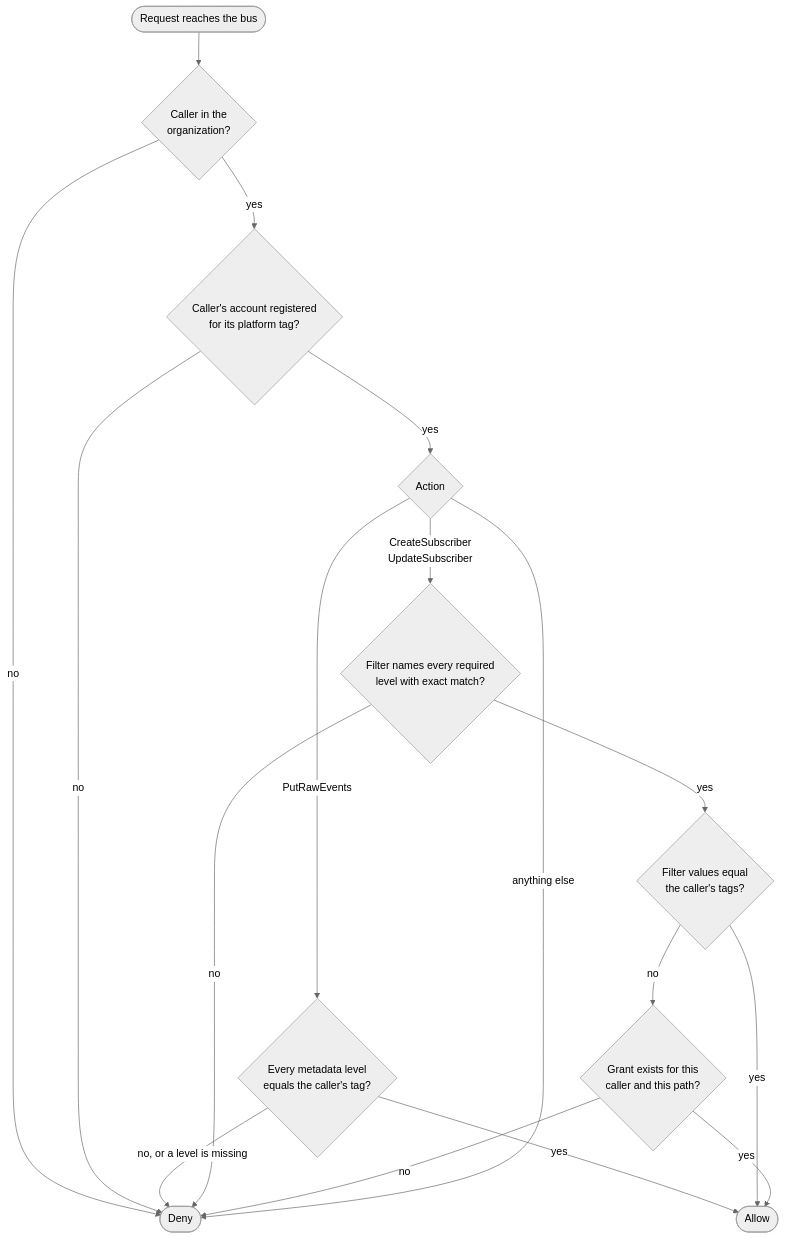
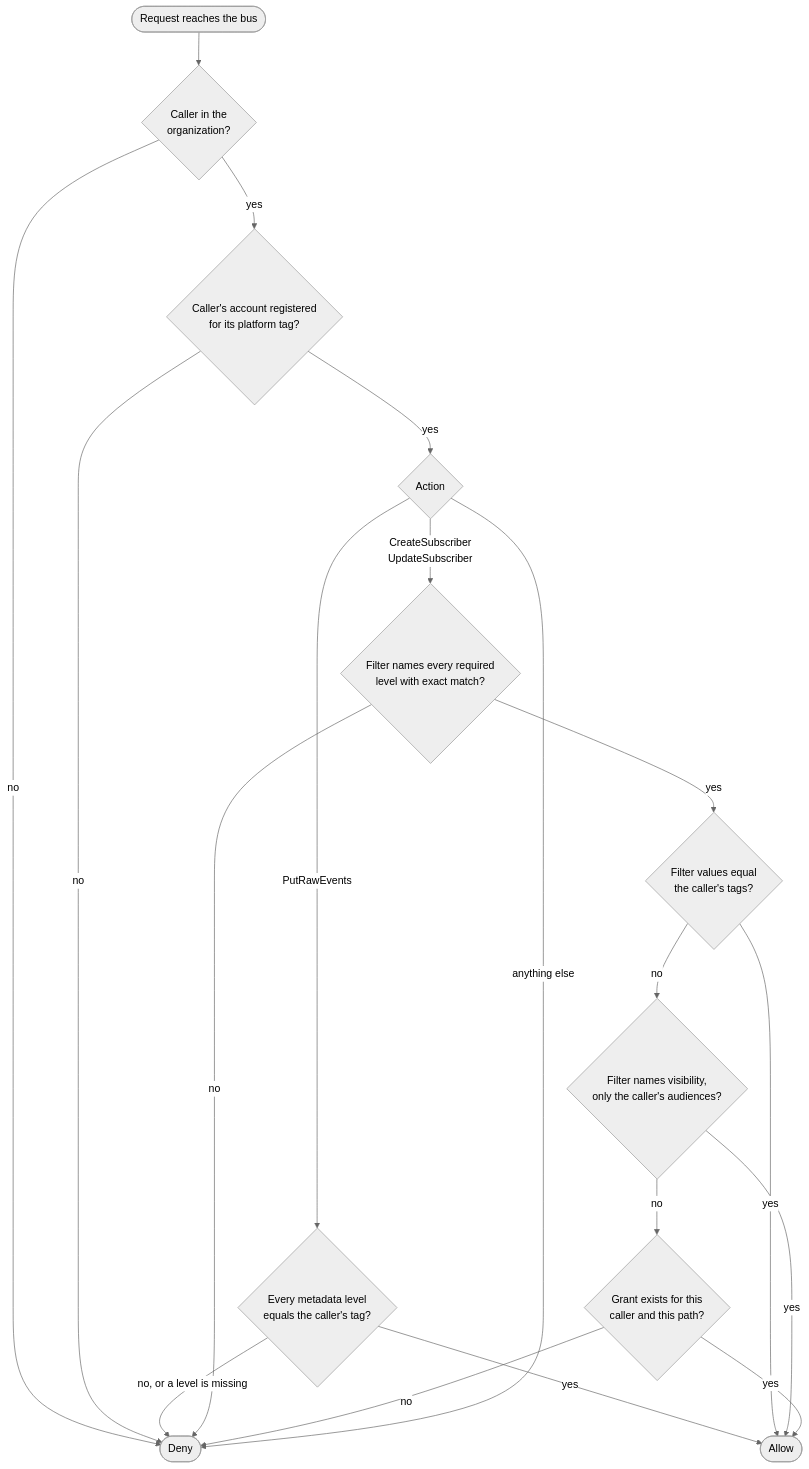
One commit to aws-abaschen/terraform-aws-org-event-bus changed the sixth of 6 diagrams in README.md. Above: the diagram before and after it, drawn with Mermaid (neutral theme). The commit also changed other lines of this file and 39 other files, not shown here.

````diff
--- a/README.md
+++ b/README.md
@@ -277,22 +281,24 @@
 ```mermaid
 flowchart TD
   start(["Request reaches the bus"]) --> orgCheck{"Caller in the<br/>organization?"}
   orgCheck -- "no" --> deny(["Deny"])
   orgCheck -- "yes" --> acctCheck{"Caller's account registered<br/>for its platform tag?"}
   acctCheck -- "no" --> deny
   acctCheck -- "yes" --> action{"Action"}
 
   action -- "PutRawEvents" --> pubCheck{"Every metadata level<br/>equals the caller's tag?"}
   pubCheck -- "no, or a level is missing" --> deny
   pubCheck -- "yes" --> allow(["Allow"])
 
   action -- "CreateSubscriber<br/>UpdateSubscriber" --> filterCheck{"Filter names every required<br/>level with exact match?"}
   filterCheck -- "no" --> deny
   filterCheck -- "yes" --> ownCheck{"Filter values equal<br/>the caller's tags?"}
   ownCheck -- "yes" --> allow
-  ownCheck -- "no" --> grantCheck{"Grant exists for this<br/>caller and this path?"}
+  ownCheck -- "no" --> visCheck{"Filter names visibility,<br/>only the caller's audiences?"}
+  visCheck -- "yes" --> allow
+  visCheck -- "no" --> grantCheck{"Grant exists for this<br/>caller and this path?"}
   grantCheck -- "yes" --> allow
   grantCheck -- "no" --> deny
 
   action -- "anything else" --> deny
 ```
````
